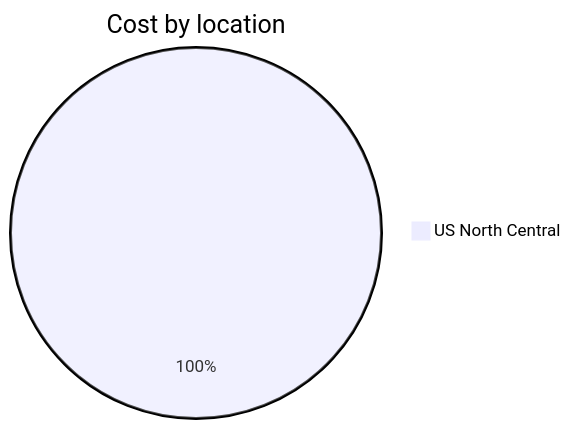
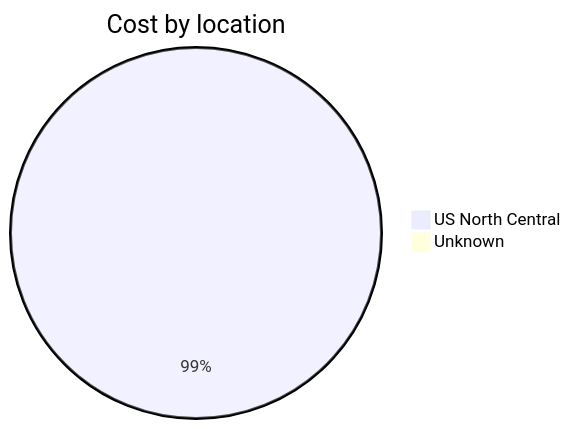
One commit to jpfulton/azure-personal-reports changed the third of 4 diagrams in cost-reports/personal-network/README.md. Above: the diagram before and after it, drawn with Mermaid. The commit also changed other lines of this file and 8 other files, not shown here.

````diff
--- a/cost-reports/personal-network/README.md
+++ b/cost-reports/personal-network/README.md
@@ -103,5 +112,6 @@
 ```mermaid
 pie
    title Cost by location
-   "US North Central" : 0.07
+   "US North Central" : 1.13
+   "Unknown" : 0.01
 ```
````
